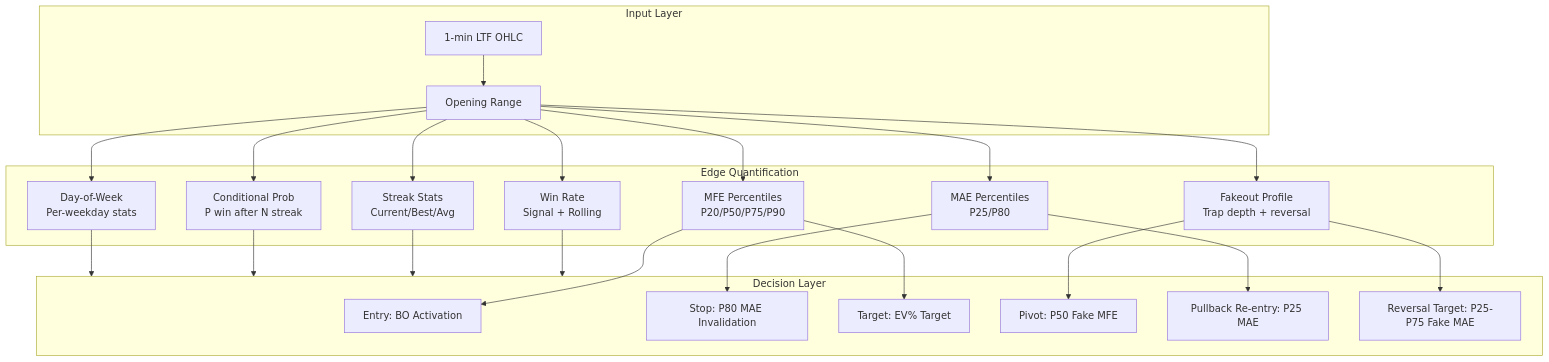
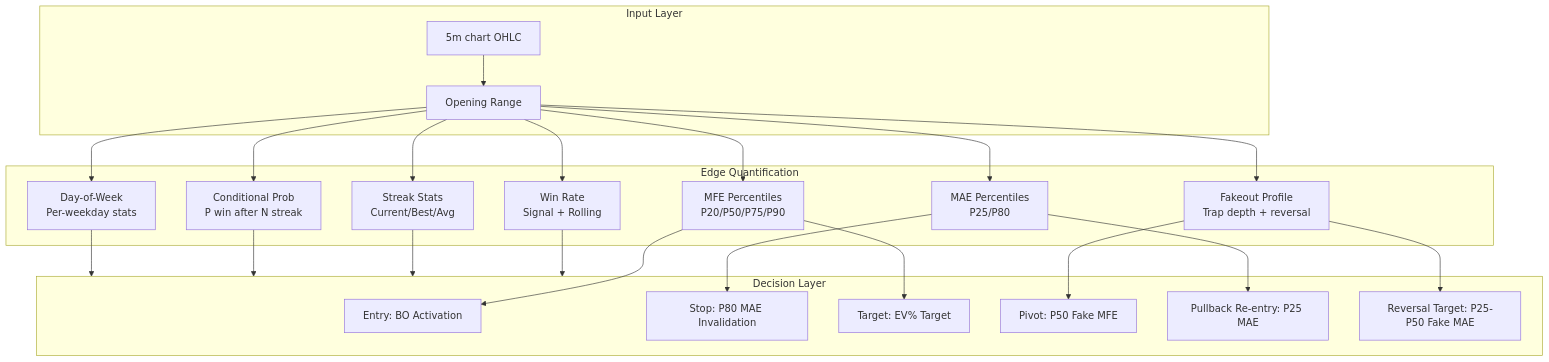
One commit to vinay-veerappa/tvDownloadOHLC changed the first of 5 diagrams in scripts/indicators-pine/daily-ny-levels/DailyNYLevelsAnalytics_ANALYSIS.md. Above: the diagram before and after it, drawn with Mermaid. The commit also changed other lines of this file and 2 other files, not shown here.

````diff
--- a/scripts/indicators-pine/daily-ny-levels/DailyNYLevelsAnalytics_ANALYSIS.md
+++ b/scripts/indicators-pine/daily-ny-levels/DailyNYLevelsAnalytics_ANALYSIS.md
@@ -68,45 +74,45 @@
 ```mermaid
 flowchart TD
     subgraph INPUT["Input Layer"]
-        OHLC[1-min LTF OHLC]
+        OHLC[5m chart OHLC]
         OR[Opening Range]
     end
 
     subgraph EDGE["Edge Quantification"]
         MFE_PCT[MFE Percentiles<br/>P20/P50/P75/P90]
         MAE_PCT[MAE Percentiles<br/>P25/P80]
         WR[Win Rate<br/>Signal + Rolling]
         STREAK[Streak Stats<br/>Current/Best/Avg]
         PROB[Conditional Prob<br/>P win after N streak]
         DOW[Day-of-Week<br/>Per-weekday stats]
         FAKE[Fakeout Profile<br/>Trap depth + reversal]
     end
 
     subgraph DECISION["Decision Layer"]
         ENTRY[Entry: BO Activation]
         STOP[Stop: P80 MAE Invalidation]
         TARGET[Target: EV% Target]
         PIVOT[Pivot: P50 Fake MFE]
         PB[Pullback Re-entry: P25 MAE]
-        REV[Reversal Target: P25-P75 Fake MAE]
+        REV[Reversal Target: P25-P50 Fake MAE]
     end
 
     OHLC --> OR
     OR --> MFE_PCT
     OR --> MAE_PCT
     MFE_PCT --> ENTRY
     MAE_PCT --> STOP
     MFE_PCT --> TARGET
     FAKE --> PIVOT
     MAE_PCT --> PB
     FAKE --> REV
     OR --> WR
     OR --> STREAK
     OR --> PROB
     OR --> DOW
     OR --> FAKE
     WR --> DECISION
     STREAK --> DECISION
     PROB --> DECISION
     DOW --> DECISION
 ```
````
